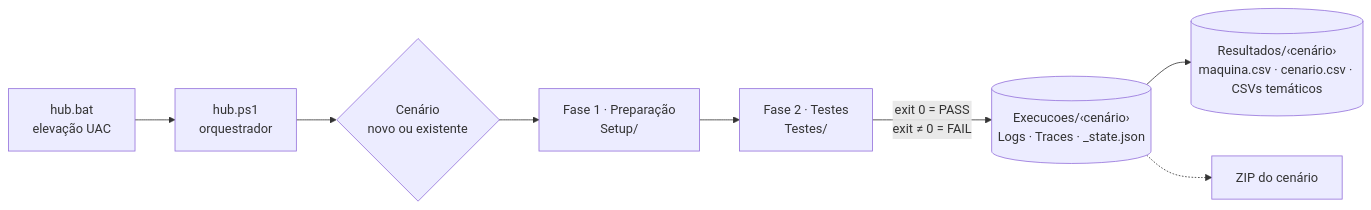
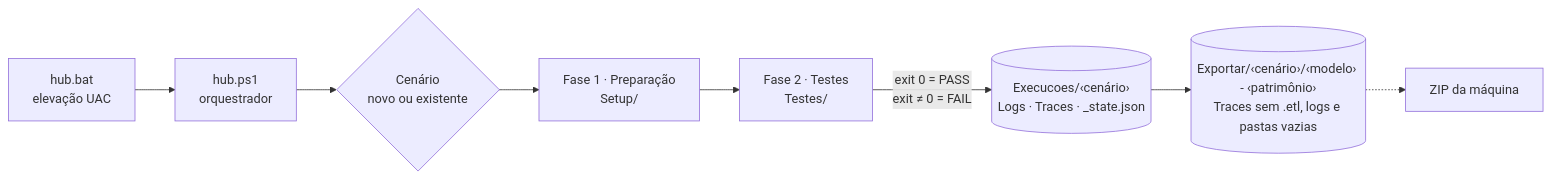
The diagram in README.md (AndreRenatoMenezes/win_testehub), drawn with Mermaid before and after one commit. The commit also changed other lines of this file and 14 other files, not shown here.

First line of the commit message:
feat(hub): pasta Exportar com os traces prontos para o Drive

````diff
--- a/README.md
+++ b/README.md
@@ -87,10 +87,10 @@
 ```mermaid
 flowchart LR
     bat["hub.bat<br/>elevação UAC"] --> hub["hub.ps1<br/>orquestrador"]
     hub --> cen{"Cenário<br/>novo ou existente"}
     cen --> setup["Fase 1 · Preparação<br/>Setup/"]
     setup --> testes["Fase 2 · Testes<br/>Testes/"]
     testes -- "exit 0 = PASS<br/>exit ≠ 0 = FAIL" --> exec[("Execucoes/‹cenário›<br/>Logs · Traces · _state.json")]
-    exec --> res[("Resultados/‹cenário›<br/>maquina.csv · cenario.csv · CSVs temáticos")]
-    exec -.-> zip["ZIP do cenário"]
+    exec --> res[("Exportar/‹cenário›/‹modelo› - ‹patrimônio›<br/>Traces sem .etl, logs e pastas vazias")]
+    res -.-> zip["ZIP da máquina"]
 ```
````
